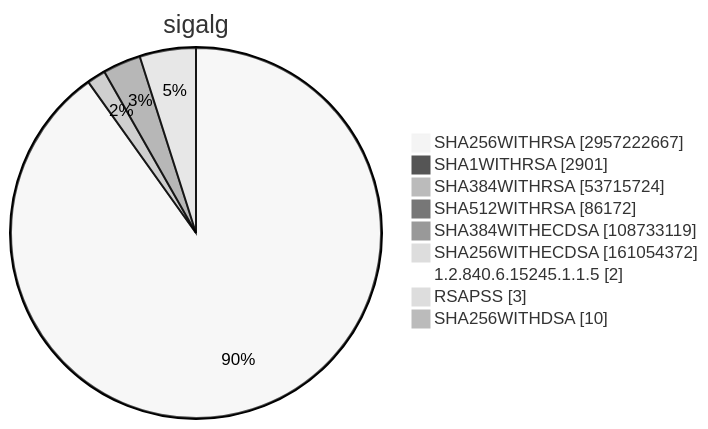
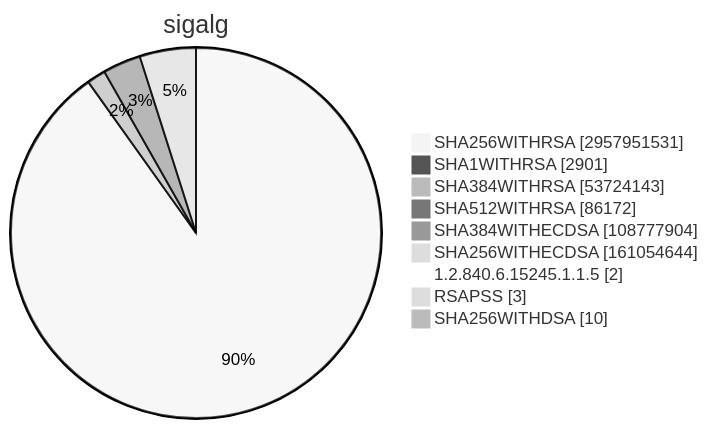
One commit to christiankrug/ctmonitor_visualization changed diagram 15 of 15 in TOTAL/README.md. Above: the diagram before and after it, drawn with Mermaid (neutral theme). The commit also changed other lines of this file, not shown here.

````diff
--- a/TOTAL/README.md
+++ b/TOTAL/README.md
@@ -6207,13 +6207,13 @@
 ```mermaid
 pie showData
 title sigalg
-"SHA256WITHRSA" :2957222667
+"SHA256WITHRSA" :2957951531
 "SHA1WITHRSA" :2901
-"SHA384WITHRSA" :53715724
+"SHA384WITHRSA" :53724143
 "SHA512WITHRSA" :86172
-"SHA384WITHECDSA" :108733119
-"SHA256WITHECDSA" :161054372
+"SHA384WITHECDSA" :108777904
+"SHA256WITHECDSA" :161054644
 "1.2.840.6.15245.1.1.5" :2
 "RSAPSS" :3
 "SHA256WITHDSA" :10
 ```
````
